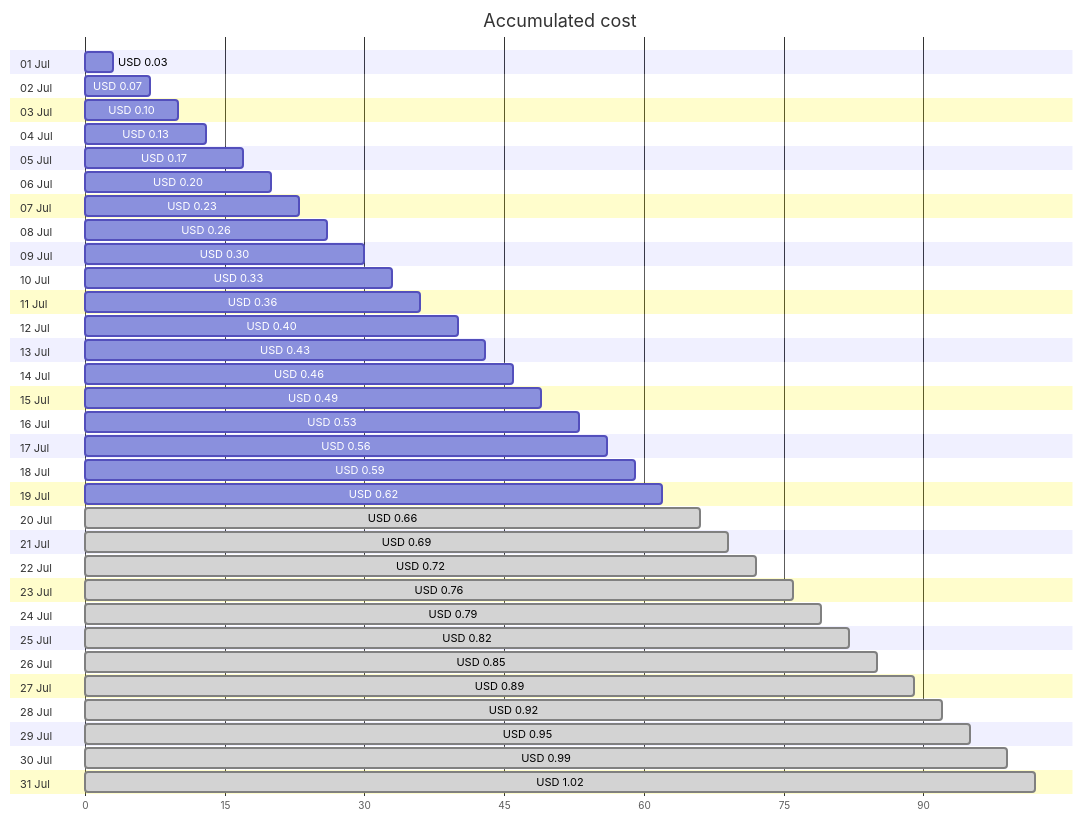
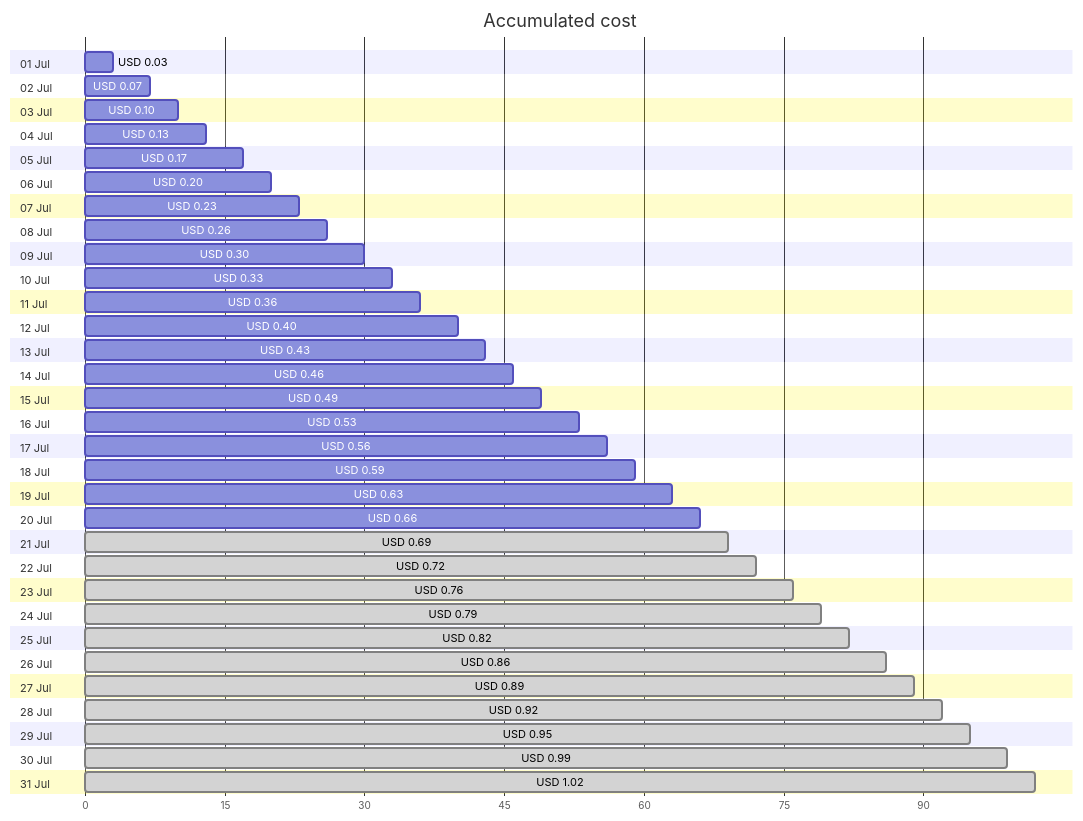
One commit to jpfulton/azure-personal-reports changed the first of 4 diagrams in cost-reports/personal-dns/README.md. Above: the diagram before and after it, drawn with Mermaid. The commit also changed other lines of this file and 2 other files, not shown here.

````diff
--- a/cost-reports/personal-dns/README.md
+++ b/cost-reports/personal-dns/README.md
@@ -20,68 +20,68 @@
 ```mermaid
 gantt
    title Accumulated cost
    dateFormat  X
    axisFormat %s
    section 01 Jul
    USD 0.03 :0, 3
    section 02 Jul
    USD 0.07 :0, 7
    section 03 Jul
    USD 0.10 :0, 10
    section 04 Jul
    USD 0.13 :0, 13
    section 05 Jul
    USD 0.17 :0, 17
    section 06 Jul
    USD 0.20 :0, 20
    section 07 Jul
    USD 0.23 :0, 23
    section 08 Jul
    USD 0.26 :0, 26
    section 09 Jul
    USD 0.30 :0, 30
    section 10 Jul
    USD 0.33 :0, 33
    section 11 Jul
    USD 0.36 :0, 36
    section 12 Jul
    USD 0.40 :0, 40
    section 13 Jul
    USD 0.43 :0, 43
    section 14 Jul
    USD 0.46 :0, 46
    section 15 Jul
    USD 0.49 :0, 49
    section 16 Jul
    USD 0.53 :0, 53
    section 17 Jul
    USD 0.56 :0, 56
    section 18 Jul
    USD 0.59 :0, 59
    section 19 Jul
-   USD 0.62 :0, 62
+   USD 0.63 :0, 63
    section 20 Jul
-   USD 0.66 : done, 0, 66
+   USD 0.66 :0, 66
    section 21 Jul
    USD 0.69 : done, 0, 69
    section 22 Jul
    USD 0.72 : done, 0, 72
    section 23 Jul
    USD 0.76 : done, 0, 76
    section 24 Jul
    USD 0.79 : done, 0, 79
    section 25 Jul
    USD 0.82 : done, 0, 82
    section 26 Jul
-   USD 0.85 : done, 0, 85
+   USD 0.86 : done, 0, 86
    section 27 Jul
    USD 0.89 : done, 0, 89
    section 28 Jul
    USD 0.92 : done, 0, 92
    section 29 Jul
    USD 0.95 : done, 0, 95
    section 30 Jul
    USD 0.99 : done, 0, 99
    section 31 Jul
    USD 1.02 : done, 0, 102
 ```
````
